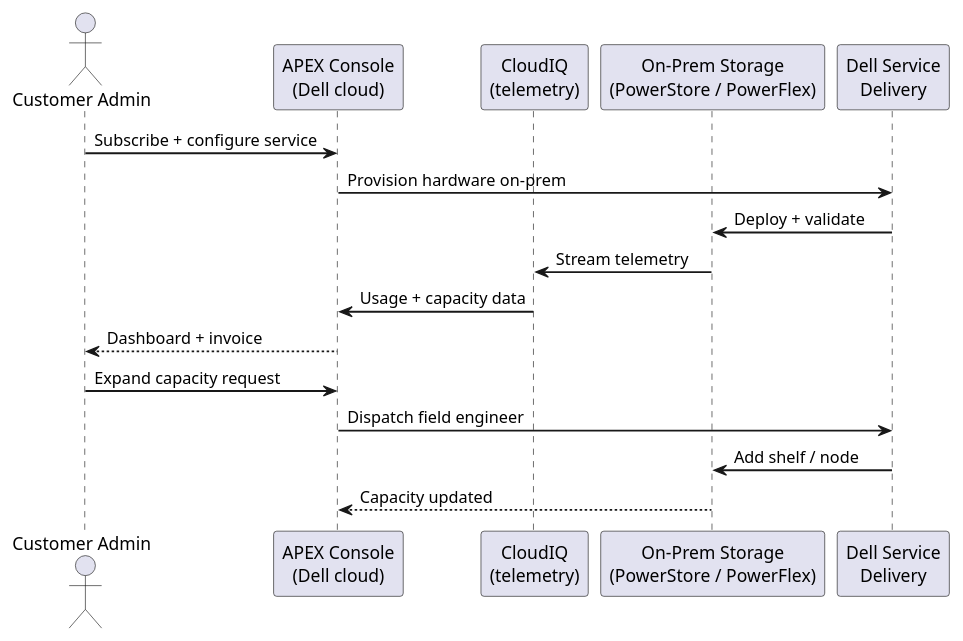
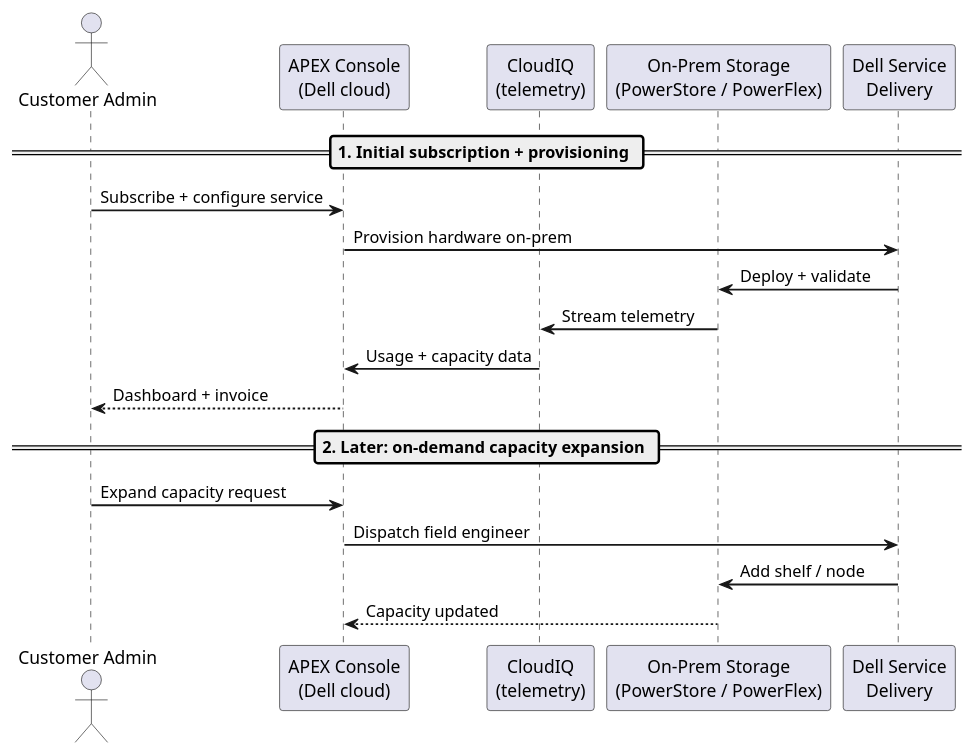
The first of 2 diagrams in docs/storage/products/dell/apex-storage-as-a-service/architecture/how-it-works.md (canast01/chris-kb), drawn with PlantUML before and after one commit. The commit also changed 14 other files, not shown here.

First line of the commit message:
Add phase dividers to PlantUML sequence diagrams mixing unrelated flows; fix PowerMax escalation box-vs-footer overlap

````diff
--- a/docs/storage/products/dell/apex-storage-as-a-service/architecture/how-it-works.md
+++ b/docs/storage/products/dell/apex-storage-as-a-service/architecture/how-it-works.md
@@ -16,24 +16,26 @@
 ```plantuml
 @startuml
 skinparam sequenceArrowThickness 1.5
 skinparam roundcorner 5
 
 actor "Customer Admin" as ADM
 participant "APEX Console\n(Dell cloud)" as APEX
 participant "CloudIQ\n(telemetry)" as CIQ
 participant "On-Prem Storage\n(PowerStore / PowerFlex)" as STG
 participant "Dell Service\nDelivery" as SVC
 
+== 1. Initial subscription + provisioning ==
 ADM -> APEX: Subscribe + configure service
 APEX -> SVC: Provision hardware on-prem
 SVC -> STG: Deploy + validate
 STG -> CIQ: Stream telemetry
 CIQ -> APEX: Usage + capacity data
 APEX --> ADM: Dashboard + invoice
 
+== 2. Later: on-demand capacity expansion ==
 ADM -> APEX: Expand capacity request
 APEX -> SVC: Dispatch field engineer
 SVC -> STG: Add shelf / node
 STG --> APEX: Capacity updated
 @enduml
 ```
````
